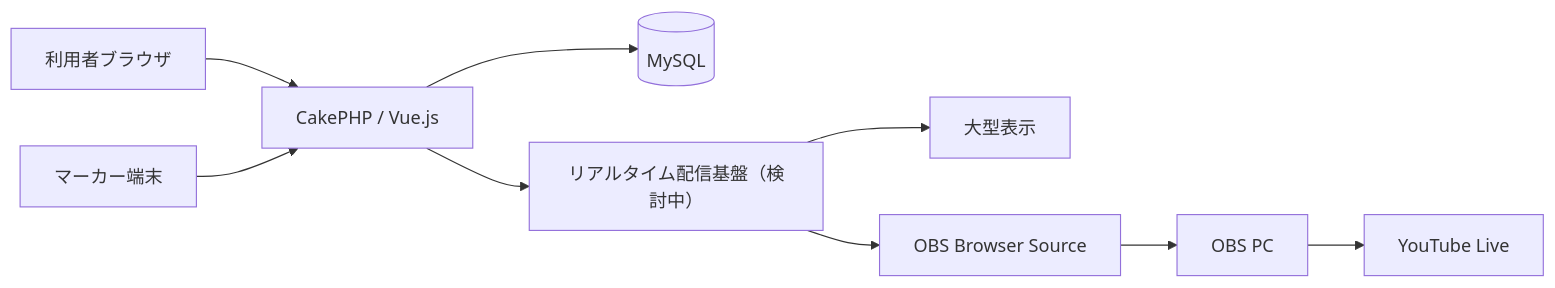
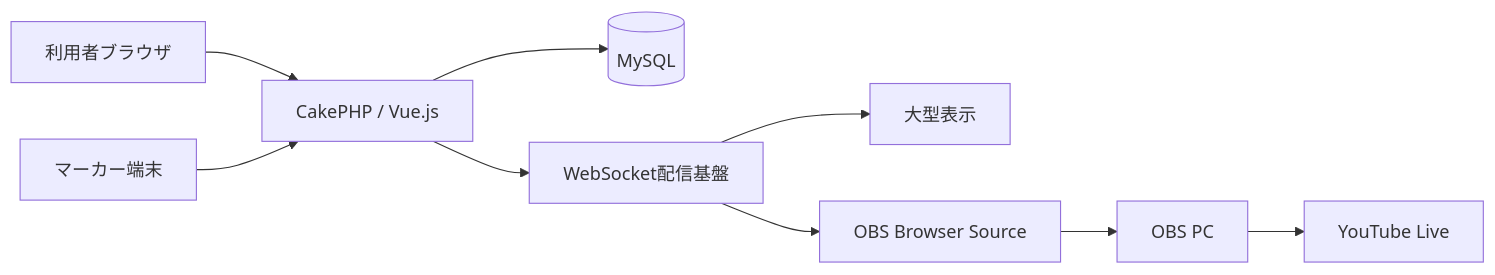
Before and after one commit to Miraisosha/S-NICK-Platform: the diagram in docs/specifications/010_SystemArchitecture.md, drawn with Mermaid. The commit also changed other lines of this file and 30 other files, not shown here.

````diff
--- a/docs/specifications/010_SystemArchitecture.md
+++ b/docs/specifications/010_SystemArchitecture.md
@@ -35,11 +35,11 @@
 ```mermaid
 flowchart LR
     User["利用者ブラウザ"] --> Web["CakePHP / Vue.js"]
     Marker["マーカー端末"] --> Web
     Web --> DB[(MySQL)]
-    Web --> Realtime["リアルタイム配信基盤（検討中）"]
+    Web --> Realtime["WebSocket配信基盤"]
     Realtime --> Display["大型表示"]
     Realtime --> Overlay["OBS Browser Source"]
     OBS["OBS PC"] --> YouTube["YouTube Live"]
     Overlay --> OBS
 ```
````
